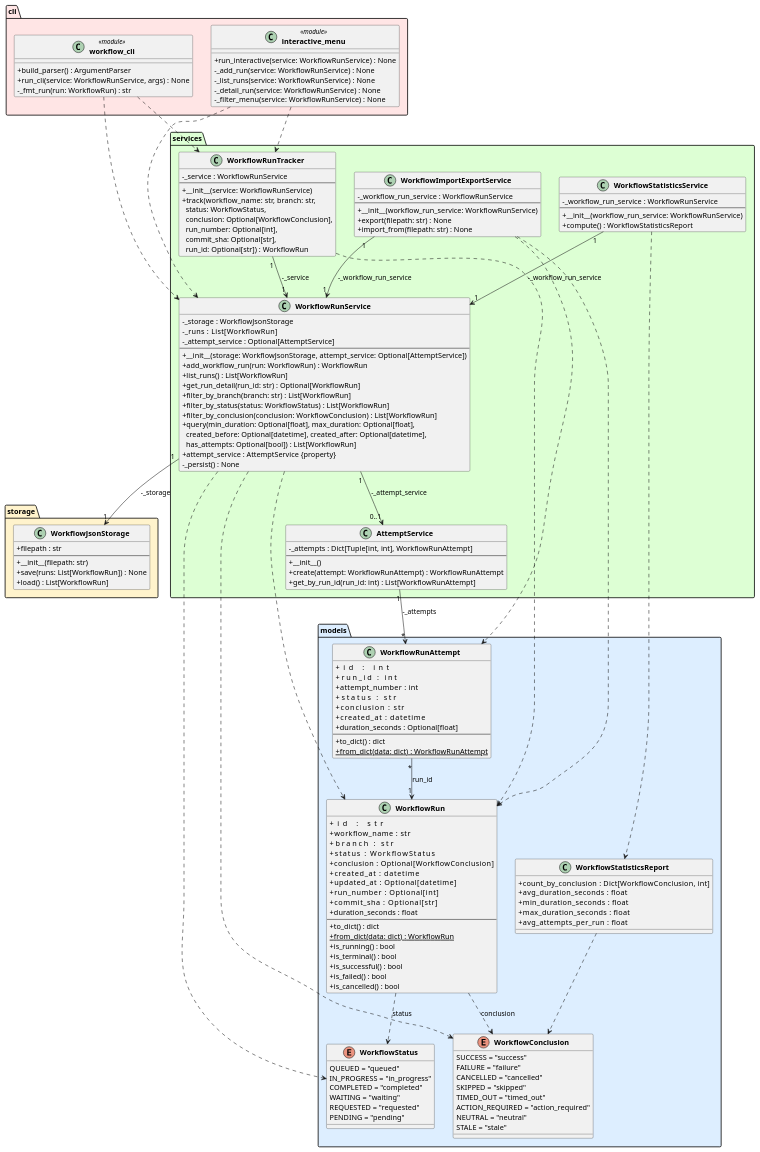
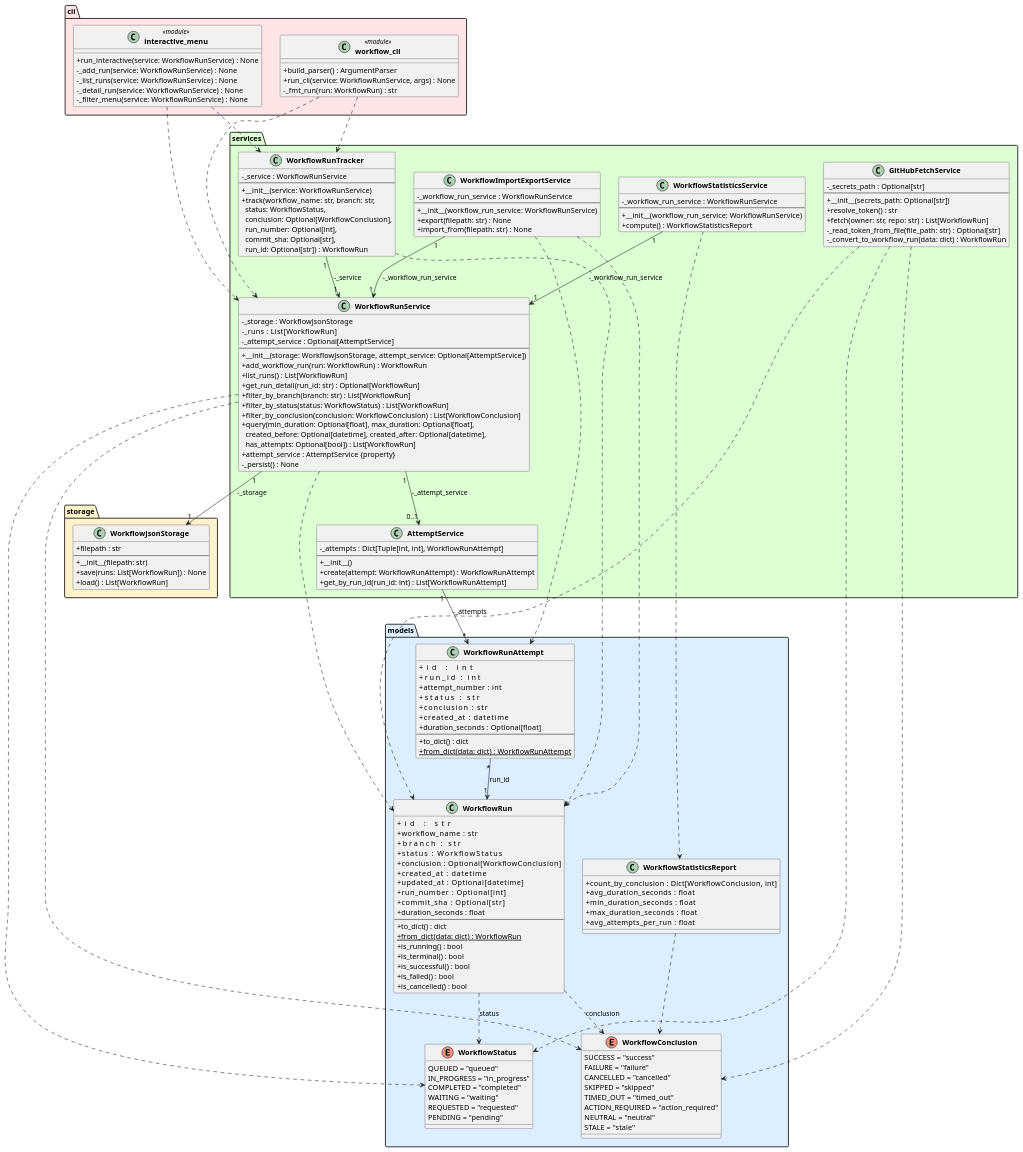
One commit to DanielRiha8906/Software_autoevolution_using_agents changed the diagram in experiments/supervisor_as_tools/test_driven/github-workflow-manager/artifacts/class_diagram.puml. Above: the diagram before and after it, drawn with PlantUML. The commit also changed 5 other files, not shown here.

```diff
--- a/experiments/supervisor_as_tools/test_driven/github-workflow-manager/artifacts/class_diagram.puml
+++ b/experiments/supervisor_as_tools/test_driven/github-workflow-manager/artifacts/class_diagram.puml
@@ -1,167 +1,180 @@
 @startuml class_diagram
 
 skinparam classAttributeIconSize 0
 skinparam classFontStyle bold
 
 package "models" #DDEEFF {
     enum WorkflowStatus {
         QUEUED = "queued"
         IN_PROGRESS = "in_progress"
         COMPLETED = "completed"
         WAITING = "waiting"
         REQUESTED = "requested"
         PENDING = "pending"
     }
 
     enum WorkflowConclusion {
         SUCCESS = "success"
         FAILURE = "failure"
         CANCELLED = "cancelled"
         SKIPPED = "skipped"
         TIMED_OUT = "timed_out"
         ACTION_REQUIRED = "action_required"
         NEUTRAL = "neutral"
         STALE = "stale"
     }
 
     class WorkflowRun {
         +id                : str
         +workflow_name     : str
         +branch            : str
         +status            : WorkflowStatus
         +conclusion        : Optional[WorkflowConclusion]
         +created_at        : datetime
         +updated_at        : Optional[datetime]
         +run_number        : Optional[int]
         +commit_sha        : Optional[str]
         +duration_seconds  : float
         --
         +to_dict() : dict
         +{static} from_dict(data: dict) : WorkflowRun
         +is_running() : bool
         +is_terminal() : bool
         +is_successful() : bool
         +is_failed() : bool
         +is_cancelled() : bool
     }
 
     class WorkflowRunAttempt {
         +id                : int
         +run_id            : int
         +attempt_number    : int
         +status            : str
         +conclusion        : str
         +created_at        : datetime
         +duration_seconds  : Optional[float]
         --
         +to_dict() : dict
         +{static} from_dict(data: dict) : WorkflowRunAttempt
     }
 
     class WorkflowStatisticsReport {
         +count_by_conclusion      : Dict[WorkflowConclusion, int]
         +avg_duration_seconds     : float
         +min_duration_seconds     : float
         +max_duration_seconds     : float
         +avg_attempts_per_run     : float
     }
 }
 
 package "storage" #FFF3CC {
     class WorkflowJsonStorage {
         +filepath : str
         --
         +__init__(filepath: str)
         +save(runs: List[WorkflowRun]) : None
         +load() : List[WorkflowRun]
     }
 }
 
 package "services" #DDFFD4 {
     class WorkflowRunService {
         -_storage : WorkflowJsonStorage
         -_runs    : List[WorkflowRun]
         -_attempt_service : Optional[AttemptService]
         --
         +__init__(storage: WorkflowJsonStorage, attempt_service: Optional[AttemptService])
         +add_workflow_run(run: WorkflowRun) : WorkflowRun
         +list_runs() : List[WorkflowRun]
         +get_run_detail(run_id: str) : Optional[WorkflowRun]
         +filter_by_branch(branch: str) : List[WorkflowRun]
         +filter_by_status(status: WorkflowStatus) : List[WorkflowRun]
-        +filter_by_conclusion(conclusion: WorkflowConclusion) : List[WorkflowRun]
+        +filter_by_conclusion(conclusion: WorkflowConclusion) : List[WorkflowConclusion]
         +query(min_duration: Optional[float], max_duration: Optional[float],\n  created_before: Optional[datetime], created_after: Optional[datetime],\n  has_attempts: Optional[bool]) : List[WorkflowRun]
         +attempt_service : AttemptService {property}
         -_persist() : None
     }
 
     class WorkflowRunTracker {
         -_service : WorkflowRunService
         --
         +__init__(service: WorkflowRunService)
         +track(workflow_name: str, branch: str,\n  status: WorkflowStatus,\n  conclusion: Optional[WorkflowConclusion],\n  run_number: Optional[int],\n  commit_sha: Optional[str],\n  run_id: Optional[str]) : WorkflowRun
     }
 
     class AttemptService {
         -_attempts : Dict[Tuple[int, int], WorkflowRunAttempt]
         --
         +__init__()
         +create(attempt: WorkflowRunAttempt) : WorkflowRunAttempt
         +get_by_run_id(run_id: int) : List[WorkflowRunAttempt]
     }
 
     class WorkflowStatisticsService {
         -_workflow_run_service : WorkflowRunService
         --
         +__init__(workflow_run_service: WorkflowRunService)
         +compute() : WorkflowStatisticsReport
     }
 
     class WorkflowImportExportService {
         -_workflow_run_service : WorkflowRunService
         --
         +__init__(workflow_run_service: WorkflowRunService)
         +export(filepath: str) : None
         +import_from(filepath: str) : None
+    }
+
+    class GitHubFetchService {
+        -_secrets_path : Optional[str]
+        --
+        +__init__(secrets_path: Optional[str])
+        +resolve_token() : str
+        +fetch(owner: str, repo: str) : List[WorkflowRun]
+        -_read_token_from_file(file_path: str) : Optional[str]
+        -_convert_to_workflow_run(data: dict) : WorkflowRun
     }
 }
 
 package "cli" #FFE5E5 {
     class "workflow_cli" <<module>> {
         +build_parser() : ArgumentParser
         +run_cli(service: WorkflowRunService, args) : None
         -_fmt_run(run: WorkflowRun) : str
     }
 
     class "interactive_menu" <<module>> {
         +run_interactive(service: WorkflowRunService) : None
         -_add_run(service: WorkflowRunService) : None
         -_list_runs(service: WorkflowRunService) : None
         -_detail_run(service: WorkflowRunService) : None
         -_filter_menu(service: WorkflowRunService) : None
     }
 }
 
 WorkflowRun                ..>  WorkflowStatus             : status
 WorkflowRun                ..>  WorkflowConclusion         : conclusion
 WorkflowRunAttempt    "*" --> "1" WorkflowRun             : run_id
 WorkflowRunService    "1" --> "1" WorkflowJsonStorage     : -_storage
 WorkflowRunService    "1" --> "0..1" AttemptService       : -_attempt_service
 WorkflowRunService         ..>  WorkflowRun
 WorkflowRunService         ..>  WorkflowStatus
 WorkflowRunService         ..>  WorkflowConclusion
 WorkflowRunTracker    "1" --> "1" WorkflowRunService      : -_service
 WorkflowRunTracker         ..>  WorkflowRun
 AttemptService       "1" --> "*" WorkflowRunAttempt       : -_attempts
 WorkflowStatisticsService "1" --> "1" WorkflowRunService  : -_workflow_run_service
 WorkflowStatisticsService      ..>  WorkflowStatisticsReport
 WorkflowStatisticsReport       ..>  WorkflowConclusion
 WorkflowImportExportService "1" --> "1" WorkflowRunService  : -_workflow_run_service
 WorkflowImportExportService    ..>  WorkflowRun
 WorkflowImportExportService    ..>  WorkflowRunAttempt
+GitHubFetchService        ..>  WorkflowRun
+GitHubFetchService        ..>  WorkflowStatus
+GitHubFetchService        ..>  WorkflowConclusion
 "workflow_cli"             ..>  WorkflowRunService
 "workflow_cli"             ..>  WorkflowRunTracker
 "interactive_menu"         ..>  WorkflowRunService
 "interactive_menu"         ..>  WorkflowRunTracker
 
 @enduml
```
